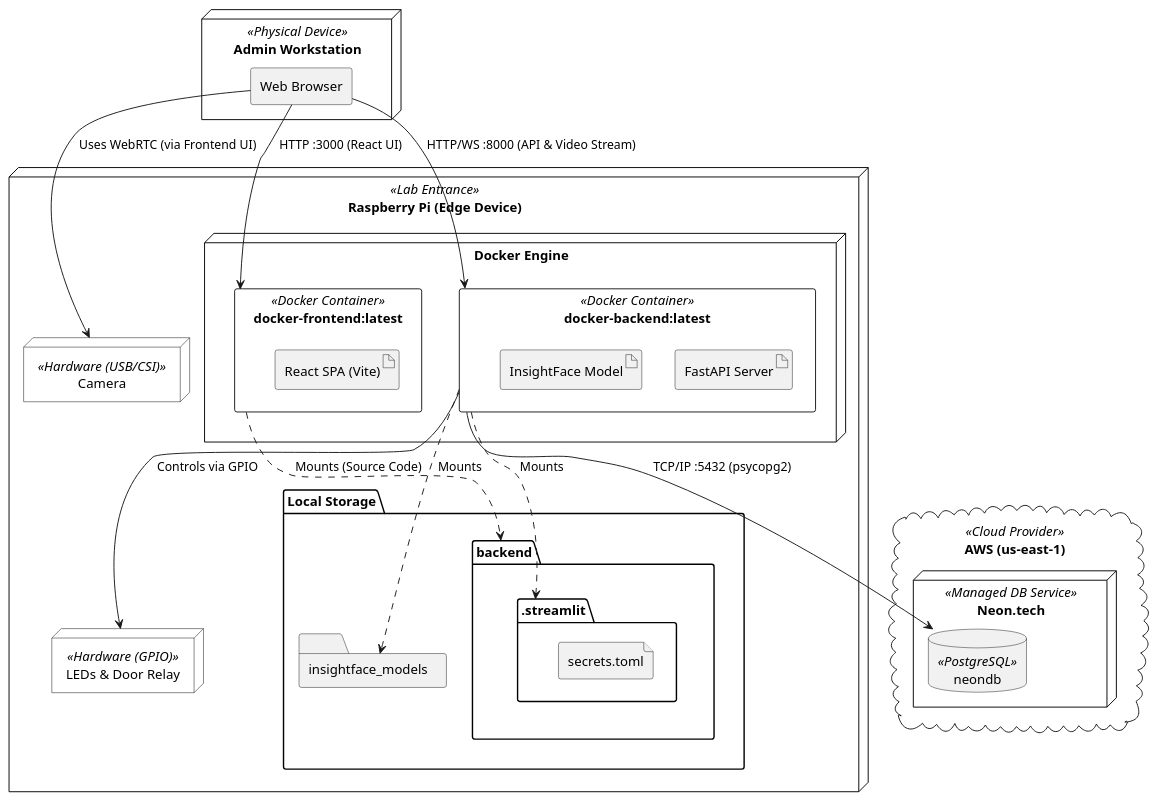
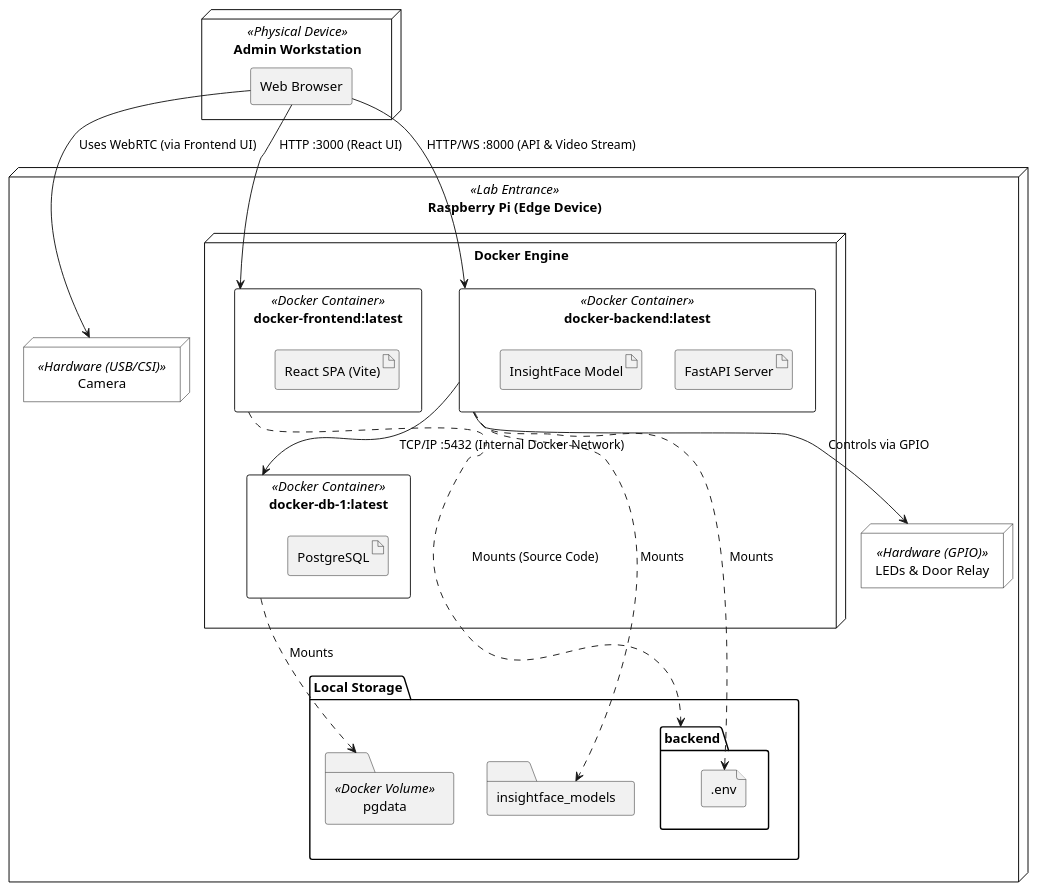
One commit to Innopolis-Robotics-Society/FaceGuardV3 changed the diagram in docs/architecture/deployment-view/deployment-diagram.puml. Above: the diagram before and after it, drawn with PlantUML. The commit also changed 14 other files, not shown here.

Commit message:
feat: migrate to local PostgreSQL DB, switch to .env, remove cache delay, and update architecture docs

```diff
--- a/docs/architecture/deployment-view/deployment-diagram.puml
+++ b/docs/architecture/deployment-view/deployment-diagram.puml
@@ -1,55 +1,52 @@
 @startuml deployment-view
 skinparam componentStyle rectangle
 skinparam node {
     BackgroundColor white
     BorderColor black
 }
 
 node "Admin Workstation" <<Physical Device>> as PC {
     component "Web Browser" as Browser
 }
 
 node "Raspberry Pi (Edge Device)" <<Lab Entrance>> as RPi {
     node "Camera" <<Hardware (USB/CSI)>> as Cam
     node "LEDs & Door Relay" <<Hardware (GPIO)>> as DoorCtrl
 
     node "Docker Engine" as Docker {
         component "docker-frontend:latest" <<Docker Container>> as FrontendApp {
             artifact "React SPA (Vite)"
         }
         component "docker-backend:latest" <<Docker Container>> as BackendApp {
             artifact "FastAPI Server"
             artifact "InsightFace Model"
         }
+        component "docker-db-1:latest" <<Docker Container>> as DB {
+            artifact "PostgreSQL"
+        }
     }
     
     folder "Local Storage" as Storage {
         folder "backend" as BackendDir {
-            folder ".streamlit" as StreamlitDir {
-                file "secrets.toml" as Secrets
-            }
+            file ".env" as EnvFile
         }
         folder "insightface_models" as Models
+        folder "pgdata" as PgData <<Docker Volume>>
     }
     
-    BackendApp ..> StreamlitDir : " Mounts"
+    BackendApp ..> EnvFile : " Mounts"
     BackendApp ..> Models : " Mounts"
+    DB ..> PgData : " Mounts"
     FrontendApp ..> BackendDir : " Mounts (Source Code)"
     
     ' Physical connections inside the Pi
     Browser --> Cam : " Uses WebRTC (via Frontend UI)"
     BackendApp --> DoorCtrl : " Controls via GPIO"
 }
 
-cloud "AWS (us-east-1)" <<Cloud Provider>> as AWS {
-    node "Neon.tech" <<Managed DB Service>> as Neon {
-        database "neondb" <<PostgreSQL>> as DB
-    }
-}
-
 ' Network Connections
 Browser --> FrontendApp : " HTTP :3000 (React UI)"
 Browser --> BackendApp : " HTTP/WS :8000 (API & Video Stream)"
-BackendApp --> DB : " TCP/IP :5432 (psycopg2)"
+BackendApp --> DB : " TCP/IP :5432 (Internal Docker Network)"
 
 @enduml
```
